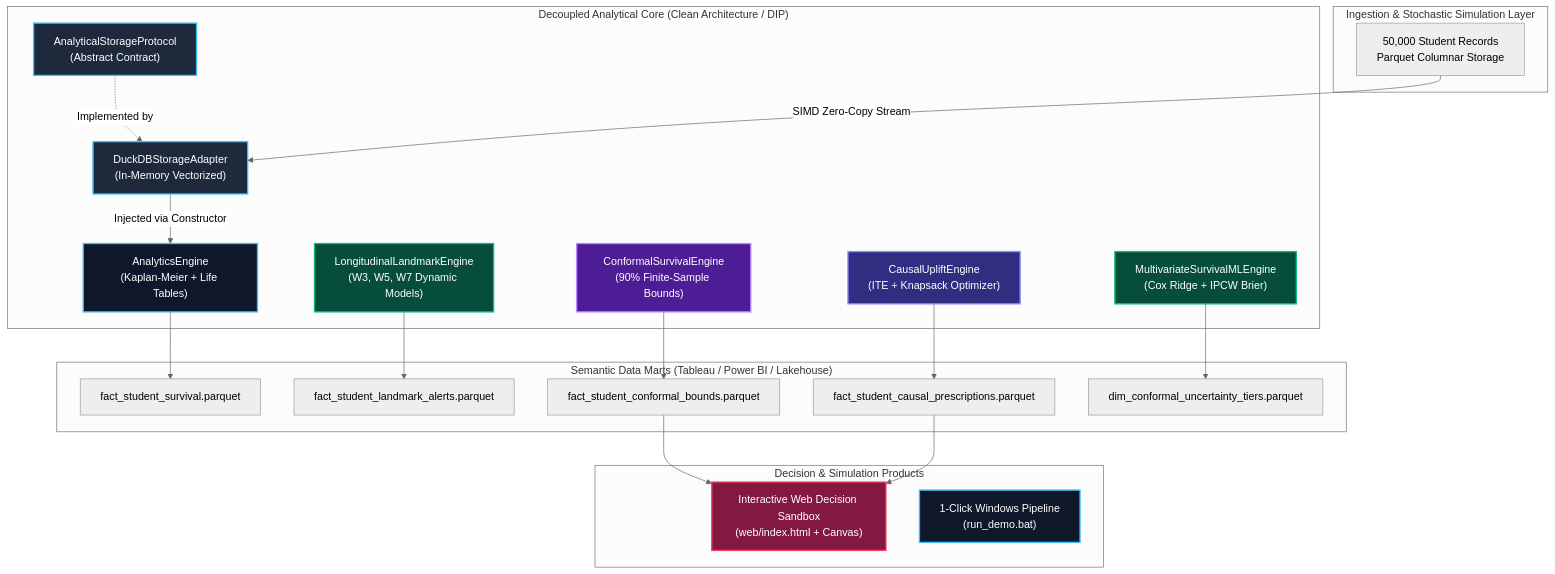
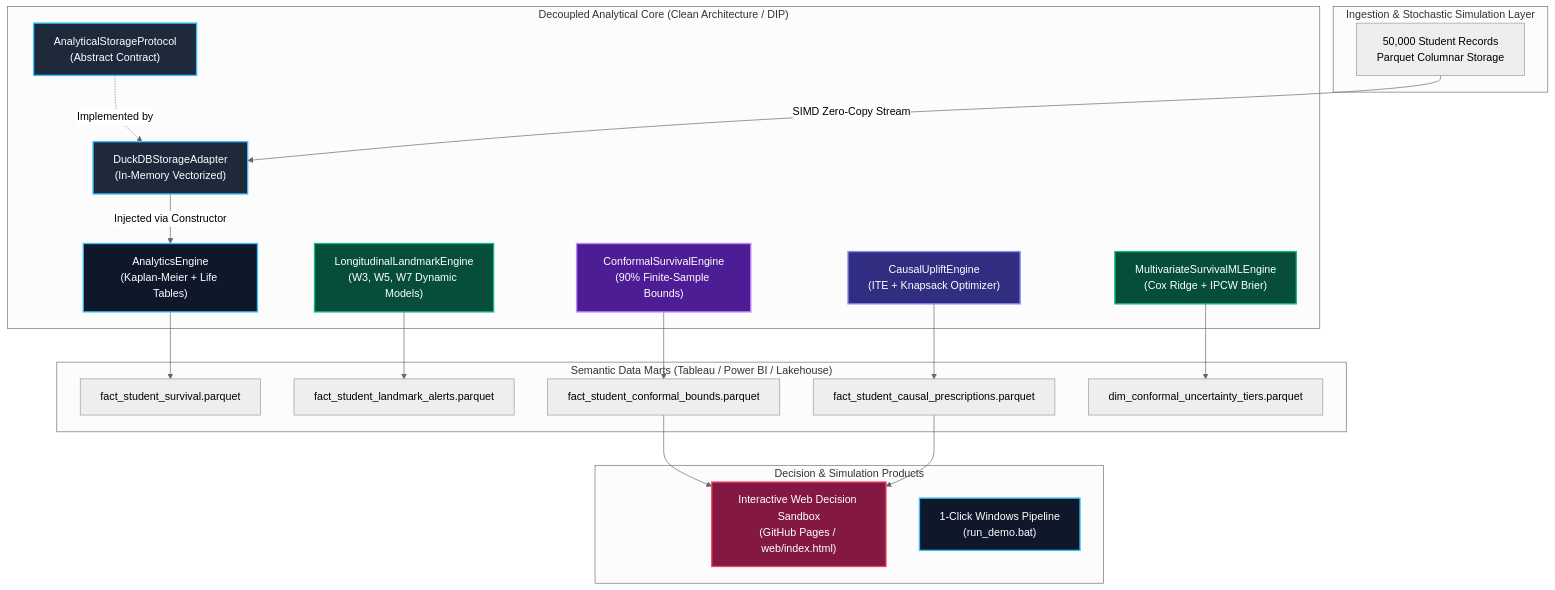
One commit to Maxrodri0311/crossing-hurdles-talent-survival-engine changed the diagram in README.md. Above: the diagram before and after it, drawn with Mermaid (neutral theme). The commit also changed other lines of this file and 2 other files, not shown here.

Commit message:
feat(pages): configure GitHub Pages automated deployment and 1-click web launcher

````diff
--- a/README.md
+++ b/README.md
@@ -55,51 +55,51 @@
 ```mermaid
 flowchart TD
     subgraph "Ingestion & Stochastic Simulation Layer"
         RAW["50,000 Student Records<br/>Parquet Columnar Storage"]
     end
 
     subgraph "Decoupled Analytical Core (Clean Architecture / DIP)"
         PROT["AnalyticalStorageProtocol<br/>(Abstract Contract)"]
         ADAPT["DuckDBStorageAdapter<br/>(In-Memory Vectorized)"]
         ENG["AnalyticsEngine<br/>(Kaplan-Meier + Life Tables)"]
         ML["MultivariateSurvivalMLEngine<br/>(Cox Ridge + IPCW Brier)"]
         LAND["LongitudinalLandmarkEngine<br/>(W3, W5, W7 Dynamic Models)"]
         UPLIFT["CausalUpliftEngine<br/>(ITE + Knapsack Optimizer)"]
         CONF["ConformalSurvivalEngine<br/>(90% Finite-Sample Bounds)"]
         
         PROT -.->|Implemented by| ADAPT
         ADAPT -->|Injected via Constructor| ENG
         RAW -->|SIMD Zero-Copy Stream| ADAPT
     end
 
     subgraph "Decision & Simulation Products"
-        WEB["Interactive Web Decision Sandbox<br/>(web/index.html + Canvas)"]
+        WEB["Interactive Web Decision Sandbox<br/>(GitHub Pages / web/index.html)"]
         CLI["1-Click Windows Pipeline<br/>(run_demo.bat)"]
     end
 
     subgraph "Semantic Data Marts (Tableau / Power BI / Lakehouse)"
         FACT["fact_student_survival.parquet"]
         FACT_ALERT["fact_student_landmark_alerts.parquet"]
         FACT_UPLIFT["fact_student_causal_prescriptions.parquet"]
         FACT_CONF["fact_student_conformal_bounds.parquet"]
         DIM_TIERS["dim_conformal_uncertainty_tiers.parquet"]
     end
 
     ENG --> FACT
     ML --> DIM_TIERS
     LAND --> FACT_ALERT
     UPLIFT --> FACT_UPLIFT
     CONF --> FACT_CONF
     FACT_CONF --> WEB
     FACT_UPLIFT --> WEB
 
     style PROT fill:#1E293B,stroke:#38BDF8,stroke-width:2px,color:#FFFFFF
     style ADAPT fill:#1E293B,stroke:#38BDF8,stroke-width:2px,color:#FFFFFF
     style ENG fill:#0F172A,stroke:#38BDF8,stroke-width:2px,color:#FFFFFF
     style ML fill:#064E3B,stroke:#10B981,stroke-width:2px,color:#FFFFFF
     style LAND fill:#064E3B,stroke:#10B981,stroke-width:2px,color:#FFFFFF
     style UPLIFT fill:#312E81,stroke:#818CF8,stroke-width:2px,color:#FFFFFF
     style CONF fill:#4C1D95,stroke:#C084FC,stroke-width:2px,color:#FFFFFF
     style WEB fill:#831843,stroke:#F43F5E,stroke-width:2px,color:#FFFFFF
     style CLI fill:#0F172A,stroke:#38BDF8,stroke-width:2px,color:#FFFFFF
 ```
````
